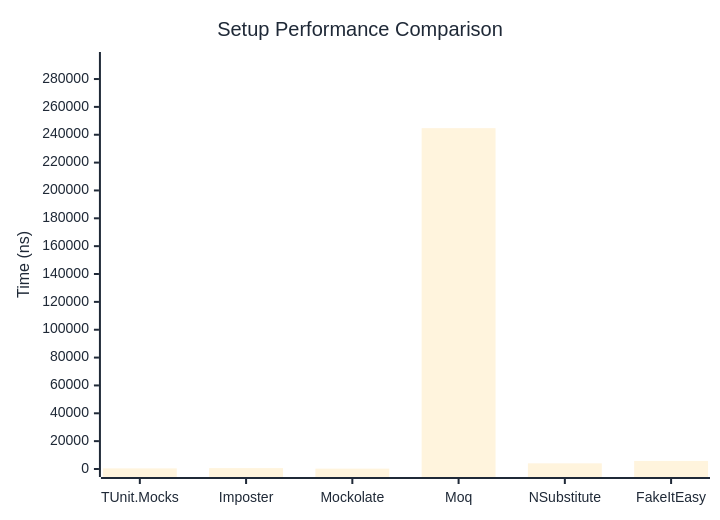
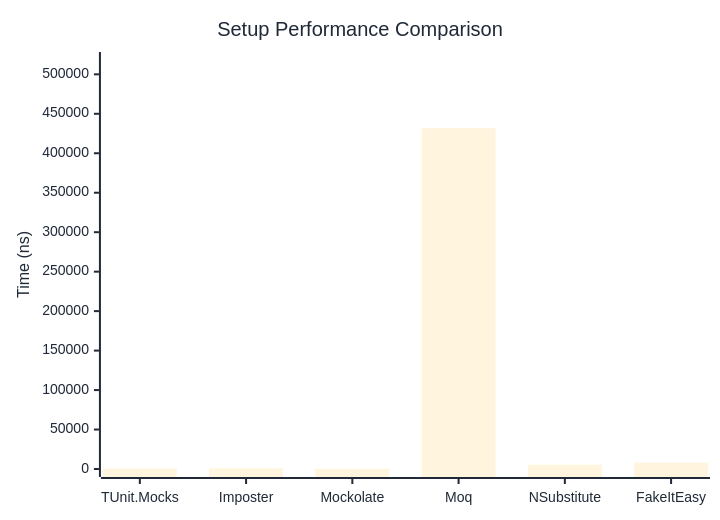
One commit to thomhurst/TUnit changed the first of 2 diagrams in docs/docs/benchmarks/mocks/Setup.md. Above: the diagram before and after it, drawn with Mermaid. The commit also changed other lines of this file and 14 other files, not shown here.

````diff
--- a/docs/docs/benchmarks/mocks/Setup.md
+++ b/docs/docs/benchmarks/mocks/Setup.md
@@ -30,27 +30,27 @@
 ```mermaid
 %%{init: {
   'theme':'base',
   'themeVariables': {
     'primaryColor': '#2563eb',
     'primaryTextColor': '#1f2937',
     'primaryBorderColor': '#1e40af',
     'lineColor': '#6b7280',
     'secondaryColor': '#7c3aed',
     'tertiaryColor': '#dc2626',
     'background': '#ffffff',
     'pie1': '#2563eb',
     'pie2': '#7c3aed',
     'pie3': '#dc2626',
     'pie4': '#f59e0b',
     'pie5': '#10b981',
     'pie6': '#06b6d4',
     'pie7': '#ec4899',
     'pie8': '#6366f1'
   }
 }}%%
 xychart-beta
   title "Setup Performance Comparison"
   x-axis ["TUnit.Mocks", "Imposter", "Mockolate", "Moq", "NSubstitute", "FakeItEasy"]
-  y-axis "Time (ns)" 0 --> 293667
-  bar [445.5, 635.8, 255.1, 244722.5, 4066.7, 5800.8]
+  y-axis "Time (ns)" 0 --> 518144
+  bar [528.8, 819.7, 312.7, 431786.1, 5467, 8205.8]
 ```
````
